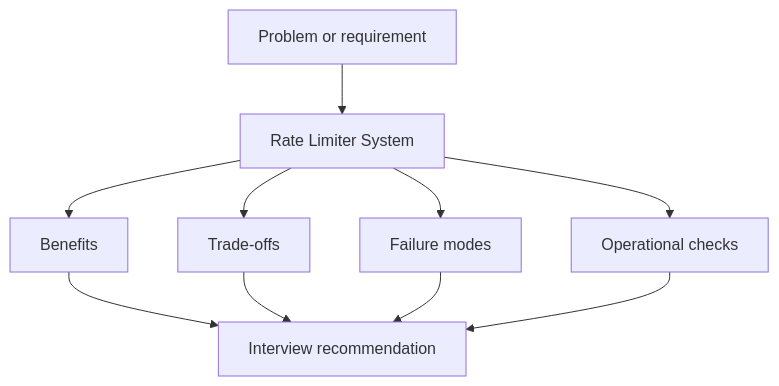
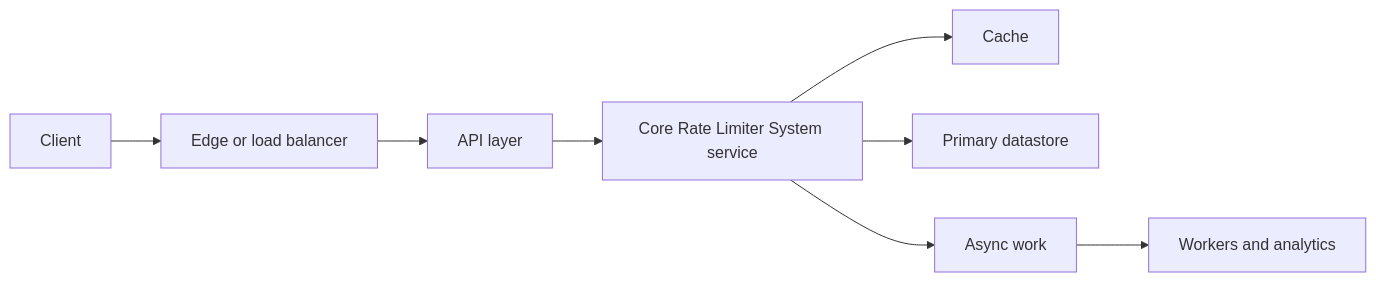
Before and after one commit to abstractinterviews/abstractinterviews.github.io: the second of 3 diagrams in case-studies/rate-limiter/index.md, drawn with Mermaid. The commit also changed other lines of this file and 278 other files, not shown here.

````diff
--- a/case-studies/rate-limiter/index.md
+++ b/case-studies/rate-limiter/index.md
@@ -79,12 +71,10 @@
-~~~mermaid
-flowchart TD
-    Problem["Problem or requirement"] --> Concept["Rate Limiter System"]
-    Concept --> Benefits["Benefits"]
-    Concept --> Tradeoffs["Trade-offs"]
-    Concept --> FailureModes["Failure modes"]
-    Concept --> Operations["Operational checks"]
-    Benefits --> Decision["Interview recommendation"]
-    Tradeoffs --> Decision
-    FailureModes --> Decision
-    Operations --> Decision
-~~~
+```mermaid
+flowchart LR
+    Client["Client"] --> Edge["Edge or load balancer"]
+    Edge --> API["API layer"]
+    API --> Core["Core Rate Limiter System service"]
+    Core --> Cache["Cache"]
+    Core --> DB["Primary datastore"]
+    Core --> Queue["Async work"]
+    Queue --> Workers["Workers and analytics"]
+```
````
